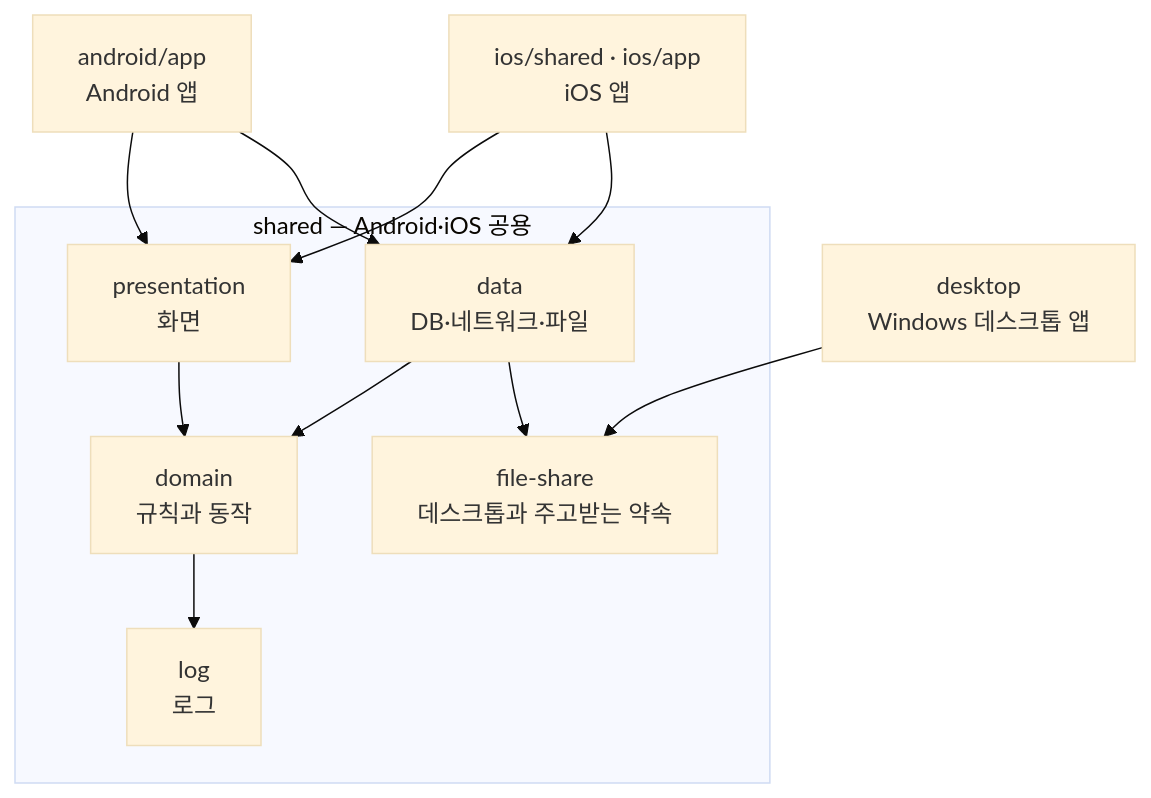
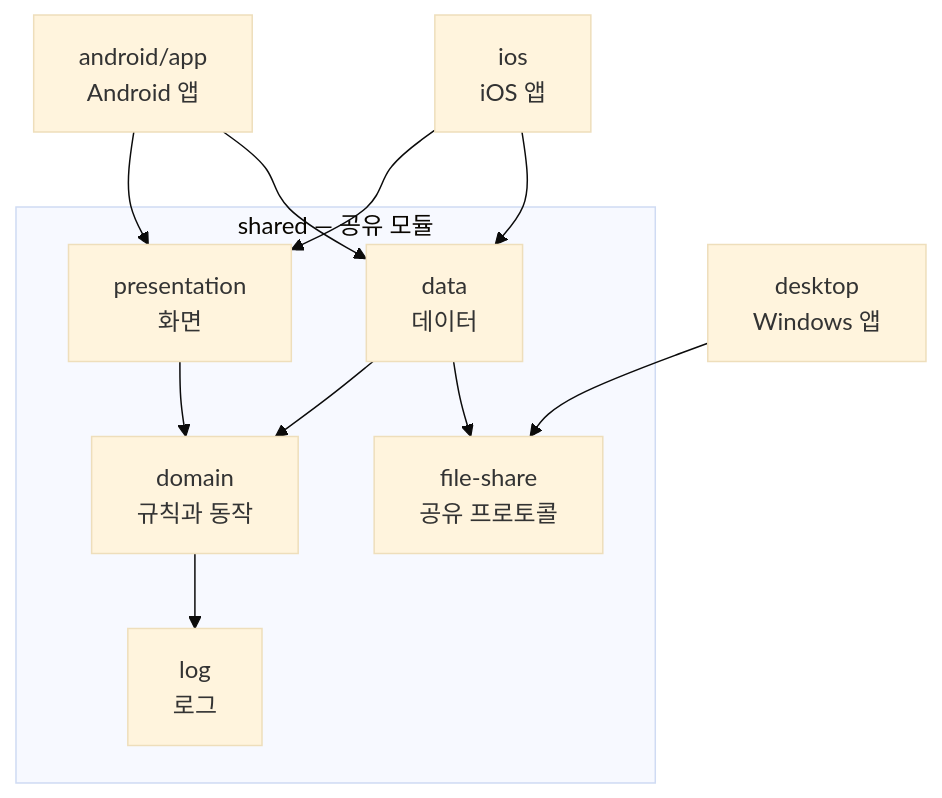
The diagram in README.md (kintmin/JellyTube), drawn with Mermaid (base theme) before and after one commit. The commit also changed other lines of this file, not shown here.

First line of the commit message:
docs/README 의 기능 소개를 묶음 단위로 다시 쓰고 구조도 이름을 다듬는다

````diff
--- a/README.md
+++ b/README.md
@@ -45,24 +30,24 @@
 ```mermaid
 flowchart TD
     android["android/app<br/>Android 앱"]
-    ios["ios/shared · ios/app<br/>iOS 앱"]
-    desktop["desktop<br/>Windows 데스크톱 앱"]
+    ios["ios<br/>iOS 앱"]
+    desktop["desktop<br/>Windows 앱"]
 
-    subgraph shared["shared — Android·iOS 공용"]
+    subgraph shared["shared — 공유 모듈"]
         presentation["presentation<br/>화면"]
-        data["data<br/>DB·네트워크·파일"]
+        data["data<br/>데이터"]
         domain["domain<br/>규칙과 동작"]
         log["log<br/>로그"]
-        fileshare["file-share<br/>데스크톱과 주고받는 약속"]
+        fileshare["file-share<br/>공유 프로토콜"]
     end
 
     android --> presentation
     android --> data
     ios --> presentation
     ios --> data
     desktop --> fileshare
     presentation --> domain
     data --> domain
     data --> fileshare
     domain --> log
 ```
````
